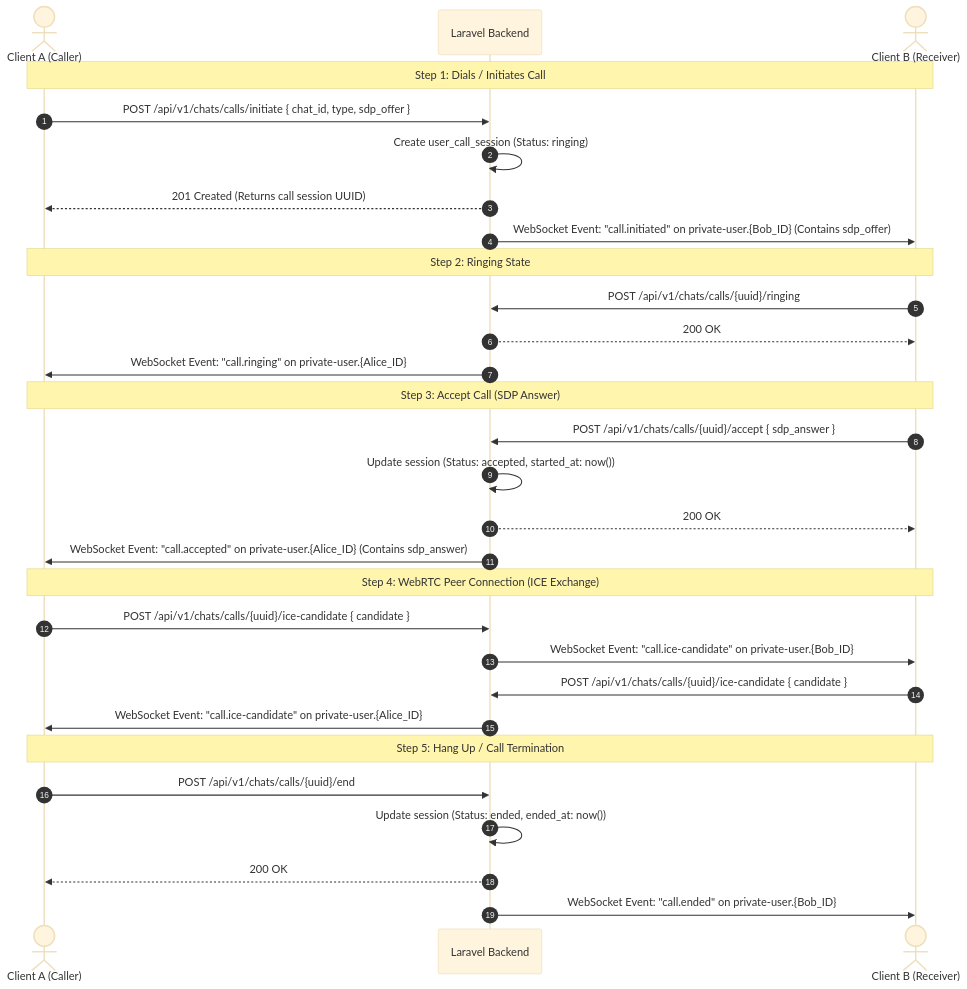
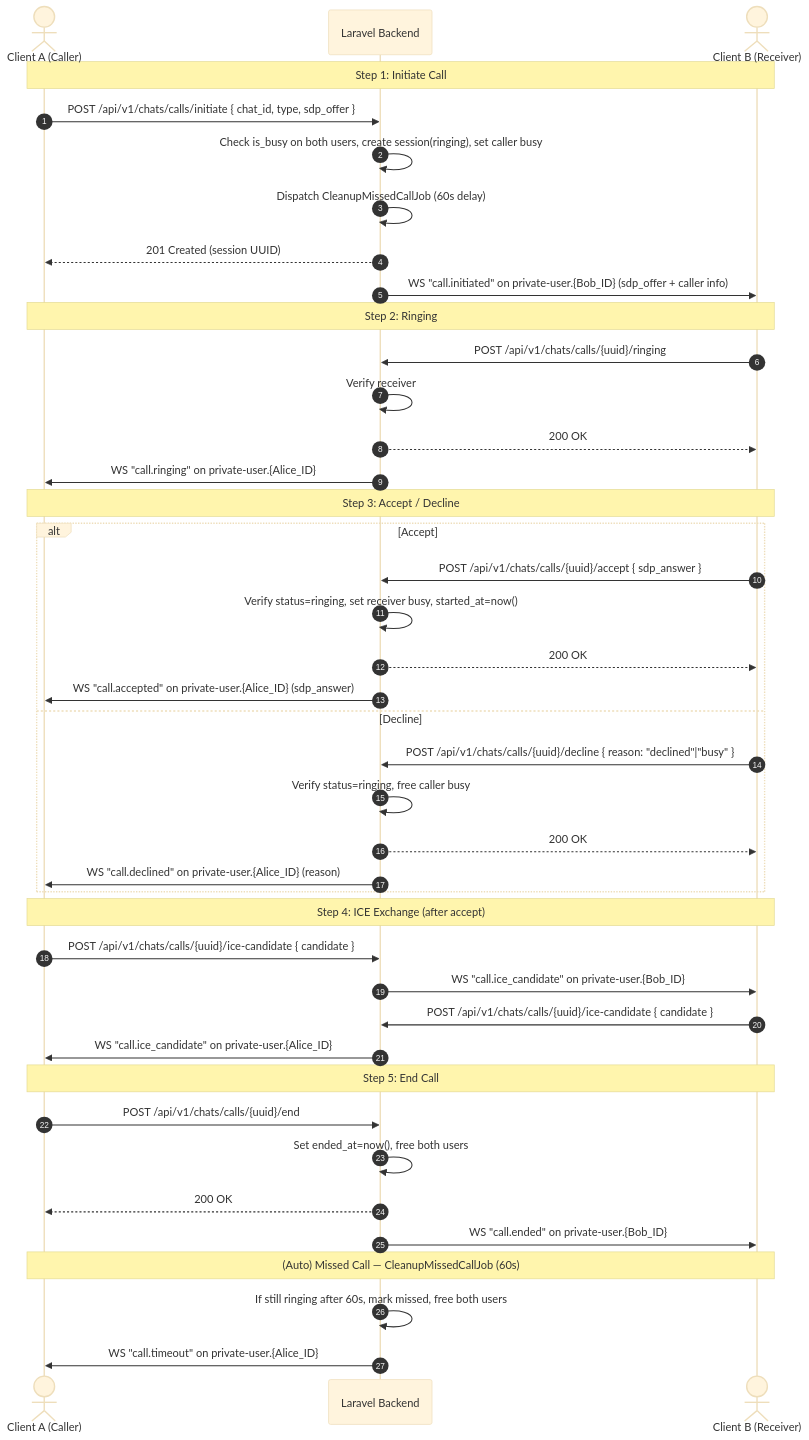
Before and after one commit to digilaravelproject/ivatan: the second of 3 diagrams in docs/realtime_integration_guide.md, drawn with Mermaid (base theme). The commit also changed other lines of this file, not shown here.

````diff
--- a/docs/realtime_integration_guide.md
+++ b/docs/realtime_integration_guide.md
@@ -97,36 +110,49 @@
 ```mermaid
 sequenceDiagram
     autonumber
     actor Alice as Client A (Caller)
     participant Server as Laravel Backend
     actor Bob as Client B (Receiver)
 
-    Note over Alice, Bob: Step 1: Dials / Initiates Call
+    Note over Alice, Bob: Step 1: Initiate Call
     Alice->>Server: POST /api/v1/chats/calls/initiate { chat_id, type, sdp_offer }
-    Server->>Server: Create user_call_session (Status: ringing)
-    Server-->>Alice: 201 Created (Returns call session UUID)
-    Server->>Bob: WebSocket Event: "call.initiated" on private-user.{Bob_ID} (Contains sdp_offer)
+    Server->>Server: Check is_busy on both users, create session(ringing), set caller busy
+    Server->>Server: Dispatch CleanupMissedCallJob (60s delay)
+    Server-->>Alice: 201 Created (session UUID)
+    Server->>Bob: WS "call.initiated" on private-user.{Bob_ID} (sdp_offer + caller info)
 
-    Note over Alice, Bob: Step 2: Ringing State
+    Note over Alice, Bob: Step 2: Ringing
     Bob->>Server: POST /api/v1/chats/calls/{uuid}/ringing
+    Server->>Server: Verify receiver
     Server-->>Bob: 200 OK
-    Server->>Alice: WebSocket Event: "call.ringing" on private-user.{Alice_ID}
+    Server->>Alice: WS "call.ringing" on private-user.{Alice_ID}
 
-    Note over Alice, Bob: Step 3: Accept Call (SDP Answer)
-    Bob->>Server: POST /api/v1/chats/calls/{uuid}/accept { sdp_answer }
-    Server->>Server: Update session (Status: accepted, started_at: now())
-    Server-->>Bob: 200 OK
-    Server->>Alice: WebSocket Event: "call.accepted" on private-user.{Alice_ID} (Contains sdp_answer)
+    Note over Alice, Bob: Step 3: Accept / Decline
+    alt Accept
+        Bob->>Server: POST /api/v1/chats/calls/{uuid}/accept { sdp_answer }
+        Server->>Server: Verify status=ringing, set receiver busy, started_at=now()
+        Server-->>Bob: 200 OK
+        Server->>Alice: WS "call.accepted" on private-user.{Alice_ID} (sdp_answer)
+    else Decline
+        Bob->>Server: POST /api/v1/chats/calls/{uuid}/decline { reason: "declined"|"busy" }
+        Server->>Server: Verify status=ringing, free caller busy
+        Server-->>Bob: 200 OK
+        Server->>Alice: WS "call.declined" on private-user.{Alice_ID} (reason)
+    end
 
-    Note over Alice, Bob: Step 4: WebRTC Peer Connection (ICE Exchange)
+    Note over Alice, Bob: Step 4: ICE Exchange (after accept)
     Alice->>Server: POST /api/v1/chats/calls/{uuid}/ice-candidate { candidate }
-    Server->>Bob: WebSocket Event: "call.ice-candidate" on private-user.{Bob_ID}
+    Server->>Bob: WS "call.ice_candidate" on private-user.{Bob_ID}
     Bob->>Server: POST /api/v1/chats/calls/{uuid}/ice-candidate { candidate }
-    Server->>Alice: WebSocket Event: "call.ice-candidate" on private-user.{Alice_ID}
+    Server->>Alice: WS "call.ice_candidate" on private-user.{Alice_ID}
 
-    Note over Alice, Bob: Step 5: Hang Up / Call Termination
+    Note over Alice, Bob: Step 5: End Call
     Alice->>Server: POST /api/v1/chats/calls/{uuid}/end
-    Server->>Server: Update session (Status: ended, ended_at: now())
+    Server->>Server: Set ended_at=now(), free both users
     Server-->>Alice: 200 OK
-    Server->>Bob: WebSocket Event: "call.ended" on private-user.{Bob_ID}
+    Server->>Bob: WS "call.ended" on private-user.{Bob_ID}
+
+    Note over Alice, Bob: (Auto) Missed Call — CleanupMissedCallJob (60s)
+    Server->>Server: If still ringing after 60s, mark missed, free both users
+    Server->>Alice: WS "call.timeout" on private-user.{Alice_ID}
 ```
````
